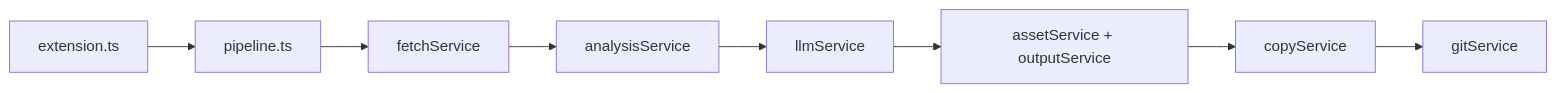
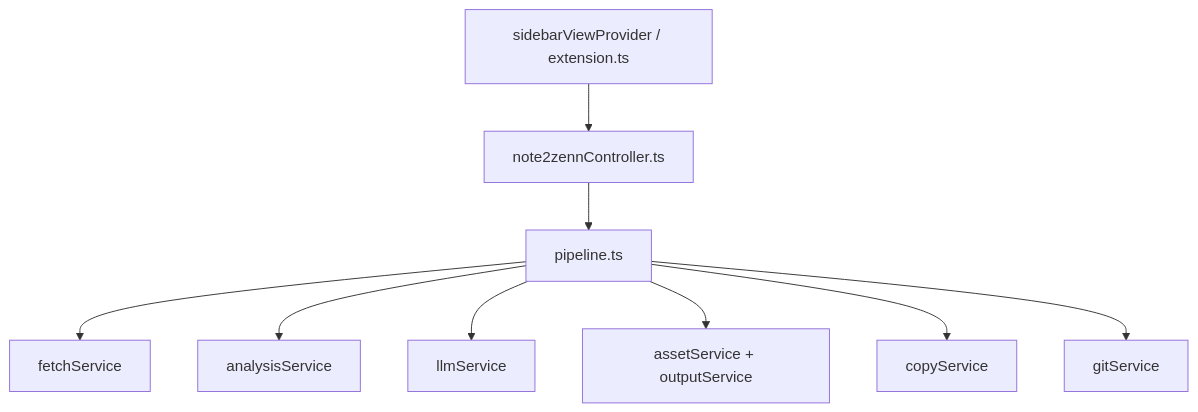
One commit to hanav1ye/note2zenn-hanaviye changed the diagram in docs/SOURCE_AND_FLOW.md. Above: the diagram before and after it, drawn with Mermaid. The commit also changed other lines of this file and 26 other files, not shown here.

````diff
--- a/docs/SOURCE_AND_FLOW.md
+++ b/docs/SOURCE_AND_FLOW.md
@@ -15,10 +8,14 @@
 ```mermaid
-flowchart LR
-  VSCode[extension.ts] --> Pipeline[pipeline.ts]
-  Pipeline --> Fetch[fetchService]
-  Fetch --> Analysis[analysisService]
-  Analysis --> Inference[llmService]
-  Inference --> DL[assetService + outputService]
-  DL --> Copy[copyService]
-  Copy --> Pub[gitService]
+flowchart TB
+  UI[sidebarViewProvider / extension.ts]
+  CTRL[note2zennController.ts]
+  PL[pipeline.ts]
+  UI --> CTRL
+  CTRL --> PL
+  PL --> F[fetchService]
+  PL --> A[analysisService]
+  PL --> L[llmService]
+  PL --> AS[assetService + outputService]
+  PL --> C[copyService]
+  PL --> G[gitService]
 ```
````
